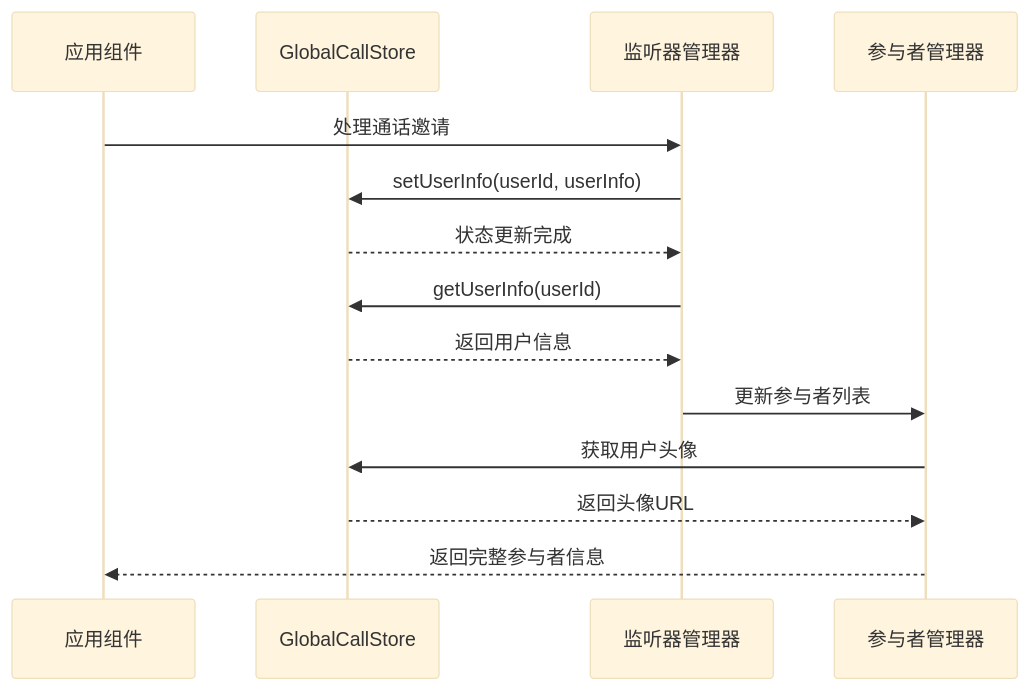
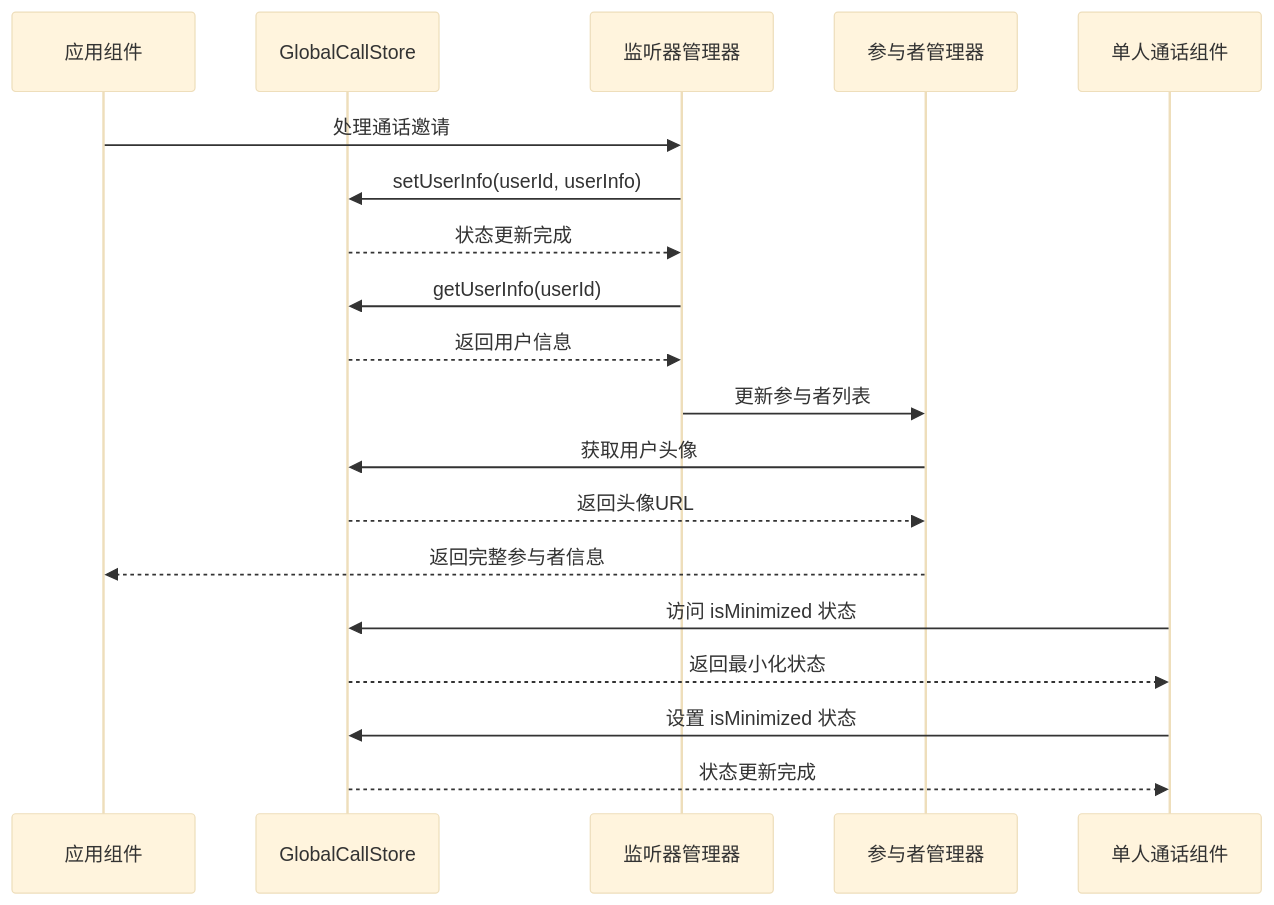
The third of 10 diagrams in .qoder/repowiki/zh/content/状态管理/GlobalCallStore 全局通话状态.md (Easemob-Community/easemob-uikit-callkit-vue3), drawn with Mermaid (base theme) before and after one commit. The commit also changed other lines of this file and 40 other files, not shown here.

````diff
--- a/.qoder/repowiki/zh/content/状态管理/GlobalCallStore 全局通话状态.md
+++ b/.qoder/repowiki/zh/content/状态管理/GlobalCallStore 全局通话状态.md
@@ -115,16 +137,21 @@
 ```mermaid
 sequenceDiagram
 participant App as 应用组件
 participant Store as GlobalCallStore
 participant Listener as 监听器管理器
 participant Participants as 参与者管理器
+participant SingleCall as 单人通话组件
 App->>Listener : 处理通话邀请
 Listener->>Store : setUserInfo(userId, userInfo)
 Store-->>Listener : 状态更新完成
 Listener->>Store : getUserInfo(userId)
 Store-->>Listener : 返回用户信息
 Listener->>Participants : 更新参与者列表
 Participants->>Store : 获取用户头像
 Store-->>Participants : 返回头像URL
 Participants-->>App : 返回完整参与者信息
+SingleCall->>Store : 访问 isMinimized 状态
+Store-->>SingleCall : 返回最小化状态
+SingleCall->>Store : 设置 isMinimized 状态
+Store-->>SingleCall : 状态更新完成
 ```
````
